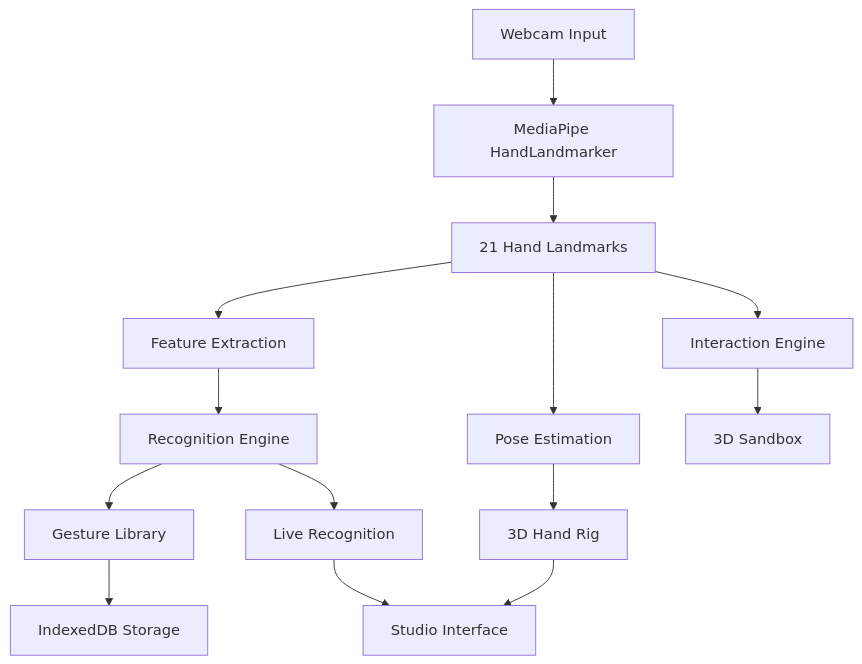
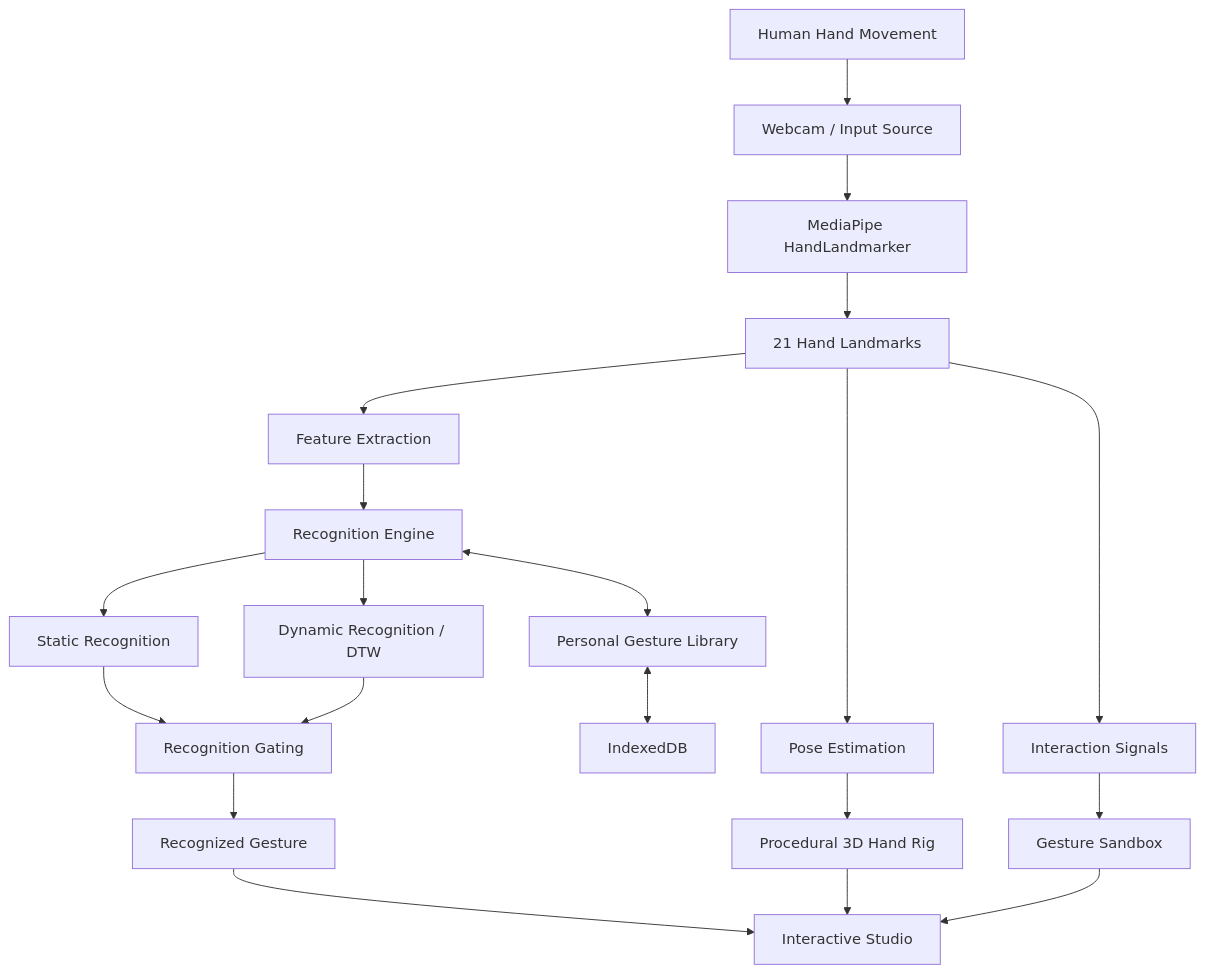
The first of 2 diagrams in README.md (Ab40D/NEUROHAND), drawn with Mermaid before and after one commit. The commit also changed other lines of this file, not shown here.

````diff
--- a/README.md
+++ b/README.md
@@ -266,16 +178,28 @@
 ```mermaid
 flowchart TD
-    A[Webcam Input] --> B[MediaPipe HandLandmarker]
-    B --> C[21 Hand Landmarks]
-    C --> D[Feature Extraction]
-    C --> E[Pose Estimation]
-    D --> F[Recognition Engine]
-    E --> G[3D Hand Rig]
-    F --> H[Gesture Library]
-    H --> I[IndexedDB Storage]
-    F --> J[Live Recognition]
-    J --> K[Studio Interface]
-    G --> K
-    C --> L[Interaction Engine]
-    L --> M[3D Sandbox]
+    A["Human Hand Movement"] --> B["Webcam / Input Source"]
+    B --> C["MediaPipe HandLandmarker"]
+    C --> D["21 Hand Landmarks"]
+
+    D --> E["Feature Extraction"]
+    D --> F["Pose Estimation"]
+    D --> G["Interaction Signals"]
+
+    E --> H["Recognition Engine"]
+    H --> I["Static Recognition"]
+    H --> J["Dynamic Recognition / DTW"]
+
+    I --> K["Recognition Gating"]
+    J --> K
+    K --> L["Recognized Gesture"]
+
+    F --> M["Procedural 3D Hand Rig"]
+    G --> N["Gesture Sandbox"]
+
+    L --> O["Interactive Studio"]
+    M --> O
+    N --> O
+
+    H <--> P["Personal Gesture Library"]
+    P <--> Q["IndexedDB"]
 ```
````
